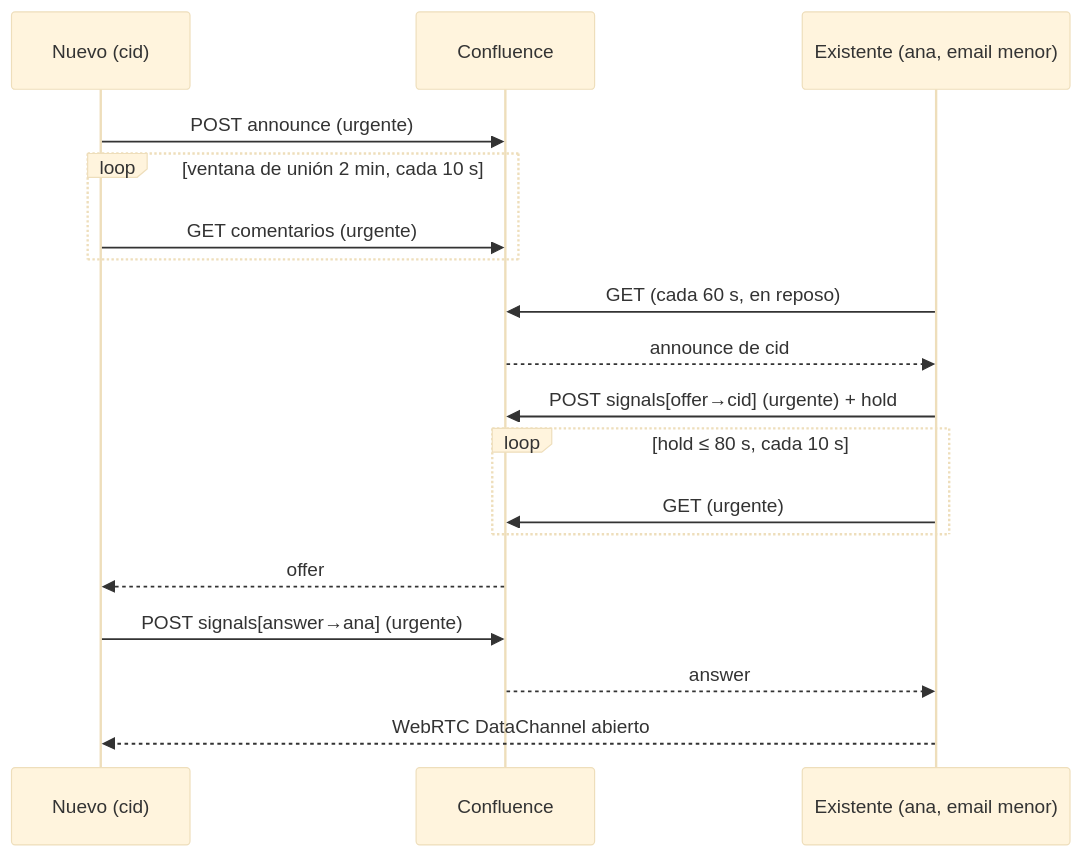
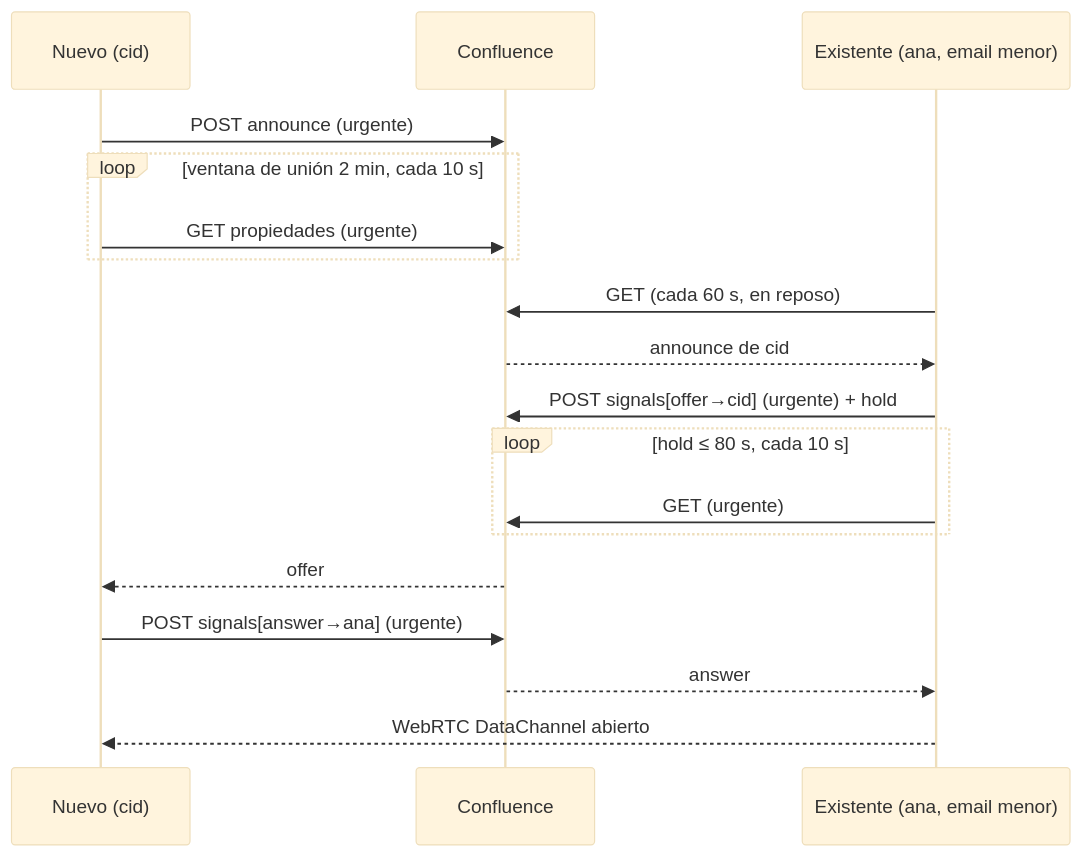
Before and after one commit to Mordaft/statim: the second of 2 diagrams in TECHNICAL_BRIEF.md, drawn with Mermaid (base theme). The commit also changed other lines of this file and 18 other files, not shown here.

````diff
--- a/TECHNICAL_BRIEF.md
+++ b/TECHNICAL_BRIEF.md
@@ -298,20 +305,20 @@
 ```mermaid
 sequenceDiagram
   participant N as Nuevo (cid)
   participant C as Confluence
   participant A as Existente (ana, email menor)
   N->>C: POST announce (urgente)
   loop ventana de unión 2 min, cada 10 s
-    N->>C: GET comentarios (urgente)
+    N->>C: GET propiedades (urgente)
   end
   A->>C: GET (cada 60 s, en reposo)
   C-->>A: announce de cid
   A->>C: POST signals[offer→cid] (urgente) + hold
   loop hold ≤ 80 s, cada 10 s
     A->>C: GET (urgente)
   end
   C-->>N: offer
   N->>C: POST signals[answer→ana] (urgente)
   C-->>A: answer
   A-->>N: WebRTC DataChannel abierto
 ```
````
